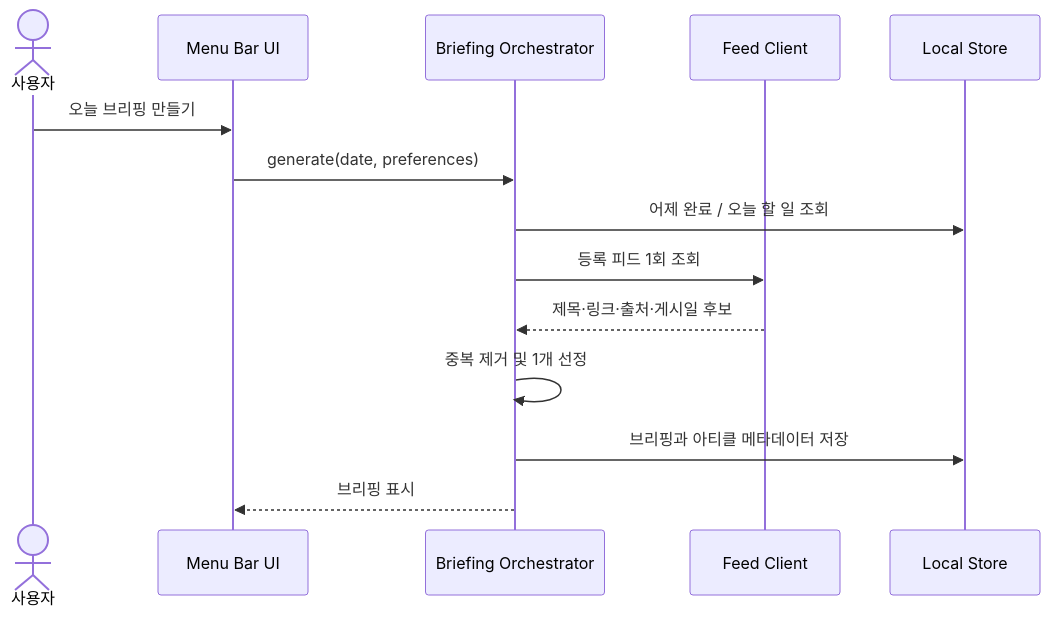
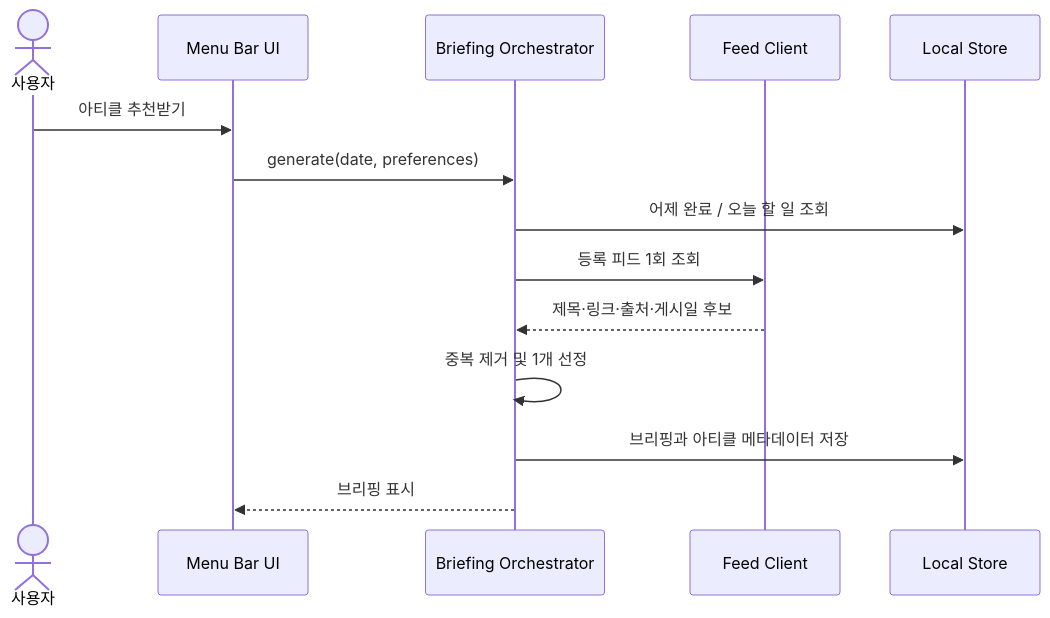
The third of 6 diagrams in docs/HLD.md (heejung-29cm/morae), drawn with Mermaid before and after one commit. The commit also changed other lines of this file and 67 other files, not shown here.

````diff
--- a/docs/HLD.md
+++ b/docs/HLD.md
@@ -185,17 +204,17 @@
 ```mermaid
 sequenceDiagram
     actor User as 사용자
     participant UI as Menu Bar UI
     participant BO as Briefing Orchestrator
     participant Feed as Feed Client
     participant DB as Local Store
 
-    User->>UI: 오늘 브리핑 만들기
+    User->>UI: 아티클 추천받기
     UI->>BO: generate(date, preferences)
     BO->>DB: 어제 완료 / 오늘 할 일 조회
     BO->>Feed: 등록 피드 1회 조회
     Feed-->>BO: 제목·링크·출처·게시일 후보
     BO->>BO: 중복 제거 및 1개 선정
     BO->>DB: 브리핑과 아티클 메타데이터 저장
     BO-->>UI: 브리핑 표시
 ```
````
